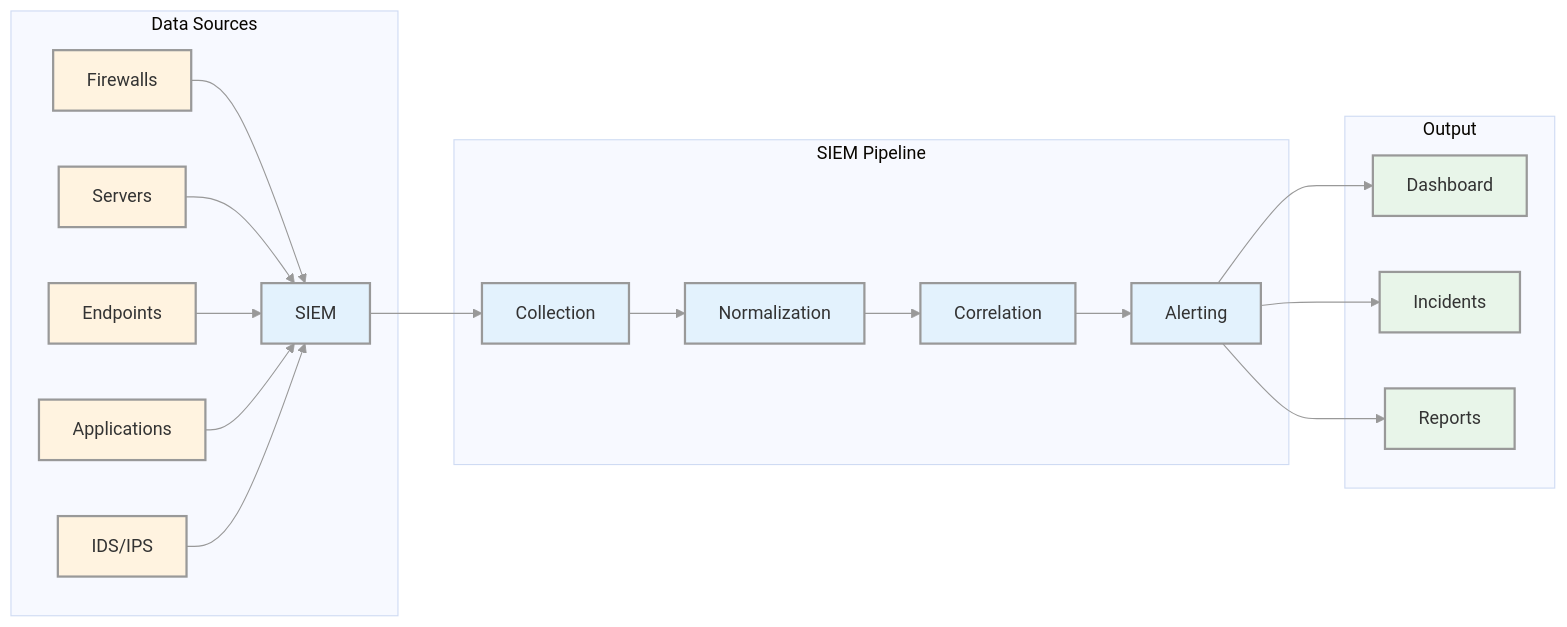
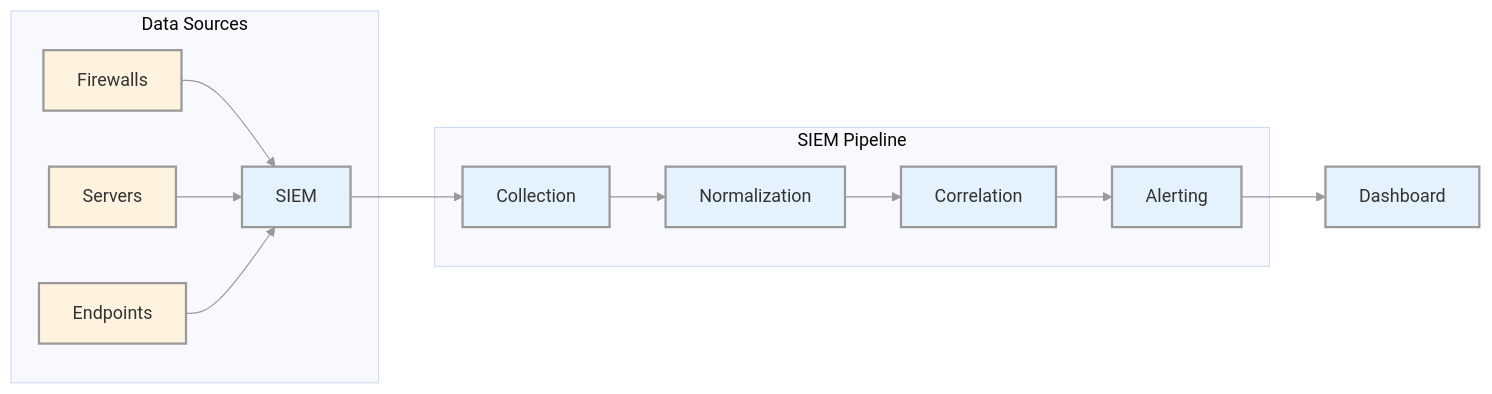
One commit to manojxshrestha/SOC-Analyst-Cheatsheet changed the first of 6 diagrams in 2-Security-Monitoring-SIEM-Fundamentals/README.md. Above: the diagram before and after it, drawn with Mermaid. The commit also changed other lines of this file, not shown here.

````diff
--- a/2-Security-Monitoring-SIEM-Fundamentals/README.md
+++ b/2-Security-Monitoring-SIEM-Fundamentals/README.md
@@ -92,31 +53,24 @@
 ```mermaid
 %%{init: {'theme': 'base', 'themeVariables': { 'lineColor': '#999', 'nodeBorder': '#999'}}}%%
 flowchart LR
     subgraph "Data Sources"
         A[Firewalls] --> D[SIEM]
         B[Servers] --> D
         C[Endpoints] --> D
-        E[Applications] --> D
-        F[IDS/IPS] --> D
     end
     
     subgraph "SIEM Pipeline"
         D --> G[Collection]
         G --> H[Normalization]
         H --> I[Correlation]
         I --> J[Alerting]
     end
     
-    subgraph "Output"
-        J --> K[Dashboard]
-        J --> L[Incidents]
-        J --> M[Reports]
-    end
+    J --> K[Dashboard]
     
     classDef source fill:#fff3e0,stroke:#999,stroke-width:2px,color:#333;
     classDef process fill:#e3f2fd,stroke:#999,stroke-width:2px,color:#333;
-    classDef output fill:#e8f5e9,stroke:#999,stroke-width:2px,color:#333;
-    class A,B,C,E,F source;
+    class A,B,C source;
     class D,G,H,I,J process;
-    class K,L,M output;
+    class K process;
 ```
````
